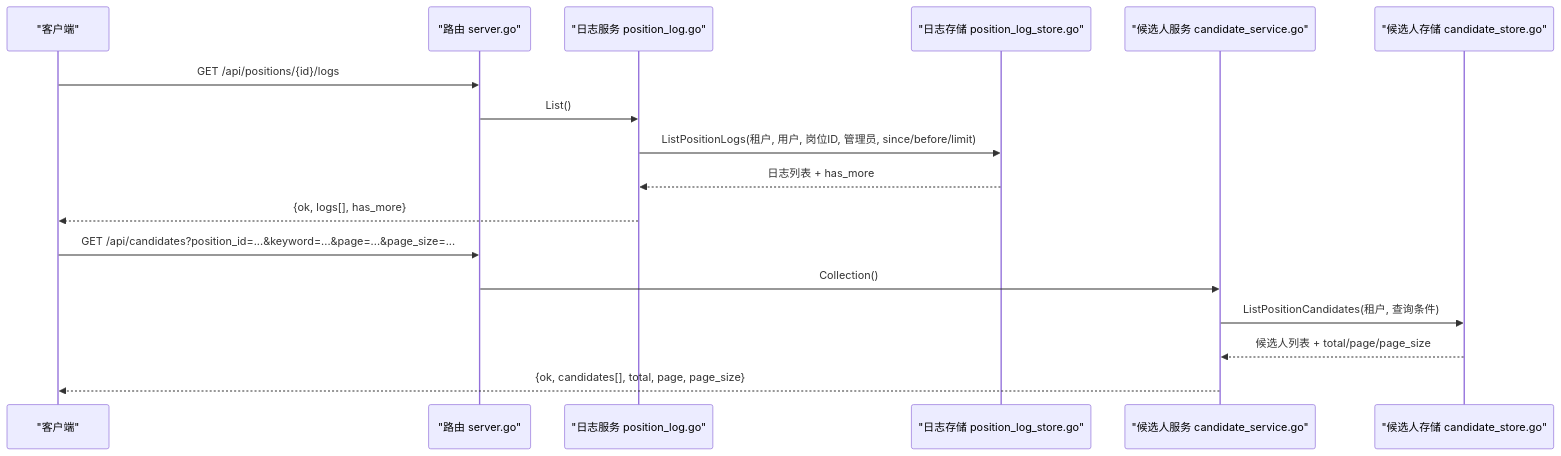
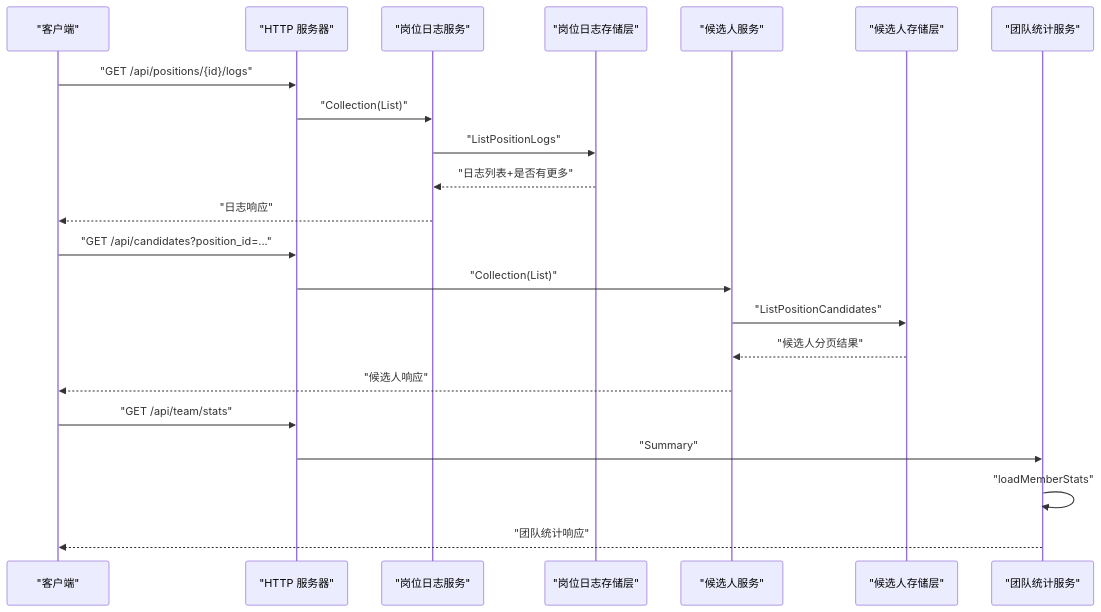
Before and after one commit to alvinwangzi/goodhr: the second of 6 diagrams in .qoder/repowiki/zh/content/API接口文档/云端REST API/岗位管理API/岗位监控查询接口.md, drawn with Mermaid. The commit also changed other lines of this file and 149 other files, not shown here.

````diff
--- a/.qoder/repowiki/zh/content/API接口文档/云端REST API/岗位管理API/岗位监控查询接口.md
+++ b/.qoder/repowiki/zh/content/API接口文档/云端REST API/岗位管理API/岗位监控查询接口.md
@@ -83,19 +90,24 @@
 ```mermaid
 sequenceDiagram
-participant C as "客户端"
-participant R as "路由 server.go"
-participant L as "日志服务 position_log.go"
-participant LS as "日志存储 position_log_store.go"
-participant CS as "候选人服务 candidate_service.go"
-participant PS as "候选人存储 candidate_store.go"
-C->>R : GET /api/positions/{id}/logs
-R->>L : List()
-L->>LS : ListPositionLogs(租户, 用户, 岗位ID, 管理员, since/before/limit)
-LS-->>L : 日志列表 + has_more
-L-->>C : {ok, logs[], has_more}
-C->>R : GET /api/candidates?position_id=...&keyword=...&page=...&page_size=...
-R->>CS : Collection()
-CS->>PS : ListPositionCandidates(租户, 查询条件)
-PS-->>CS : 候选人列表 + total/page/page_size
-CS-->>C : {ok, candidates[], total, page, page_size}
+participant Client as "客户端"
+participant Server as "HTTP 服务器"
+participant LogSvc as "岗位日志服务"
+participant LogStore as "岗位日志存储层"
+participant CandiSvc as "候选人服务"
+participant CandiStore as "候选人存储层"
+participant StatsSvc as "团队统计服务"
+Client->>Server : "GET /api/positions/{id}/logs"
+Server->>LogSvc : "Collection(List)"
+LogSvc->>LogStore : "ListPositionLogs"
+LogStore-->>LogSvc : "日志列表+是否有更多"
+LogSvc-->>Client : "日志响应"
+Client->>Server : "GET /api/candidates?position_id=..."
+Server->>CandiSvc : "Collection(List)"
+CandiSvc->>CandiStore : "ListPositionCandidates"
+CandiStore-->>CandiSvc : "候选人分页结果"
+CandiSvc-->>Client : "候选人响应"
+Client->>Server : "GET /api/team/stats"
+Server->>StatsSvc : "Summary"
+StatsSvc->>StatsSvc : "loadMemberStats"
+StatsSvc-->>Client : "团队统计响应"
 ```
````
